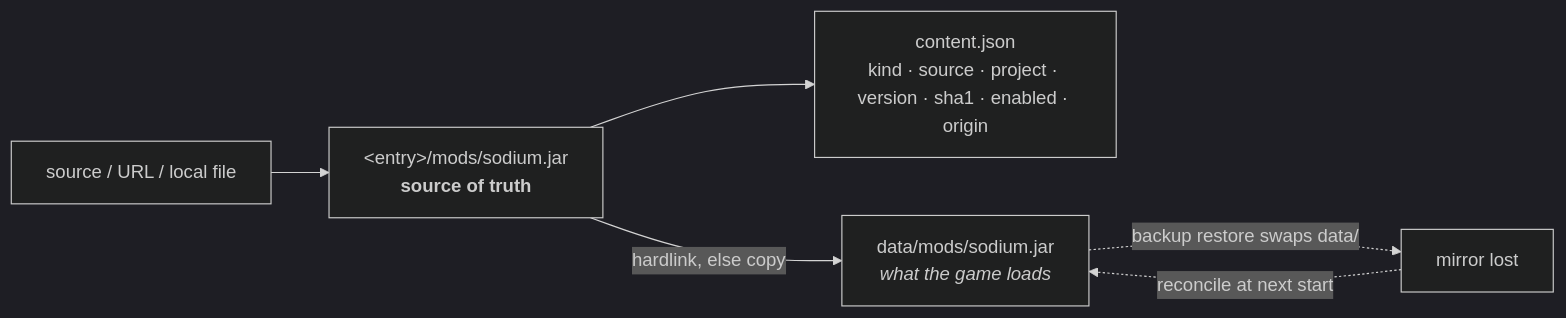
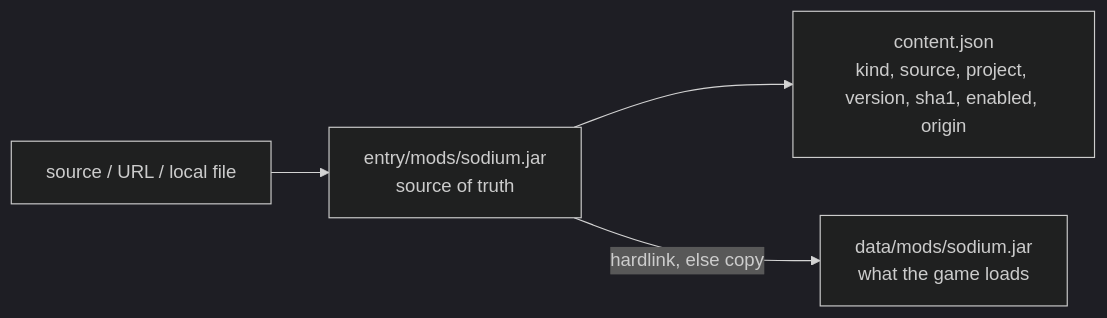
The second of 3 diagrams in docs/architecture/content.md (prytaneum/hestia), drawn with Mermaid (dark theme) before and after one commit. The commit also changed other lines of this file and 11 other files, not shown here.

Commit message:
docs(architecture): describe the current system only

````diff
--- a/docs/architecture/content.md
+++ b/docs/architecture/content.md
@@ -137,8 +66,6 @@
 ```mermaid
 flowchart LR
-    SRCF["source / URL / local file"] --> MANAGED["&lt;entry&gt;/mods/sodium.jar<br/><b>source of truth</b>"]
-    MANAGED --> IDX["content.json<br/>kind · source · project · version · sha1 · enabled · origin"]
-    MANAGED -->|"hardlink, else copy"| MIRROR["data/mods/sodium.jar<br/><i>what the game loads</i>"]
-    MIRROR -.->|"backup restore swaps data/"| GONE["mirror lost"]
-    GONE -.->|"reconcile at next start"| MIRROR
+    SRCF["source / URL / local file"] --> MANAGED["entry/mods/sodium.jar<br/>source of truth"]
+    MANAGED --> IDX["content.json<br/>kind, source, project, version, sha1, enabled, origin"]
+    MANAGED -->|"hardlink, else copy"| MIRROR["data/mods/sodium.jar<br/>what the game loads"]
 ```
````
